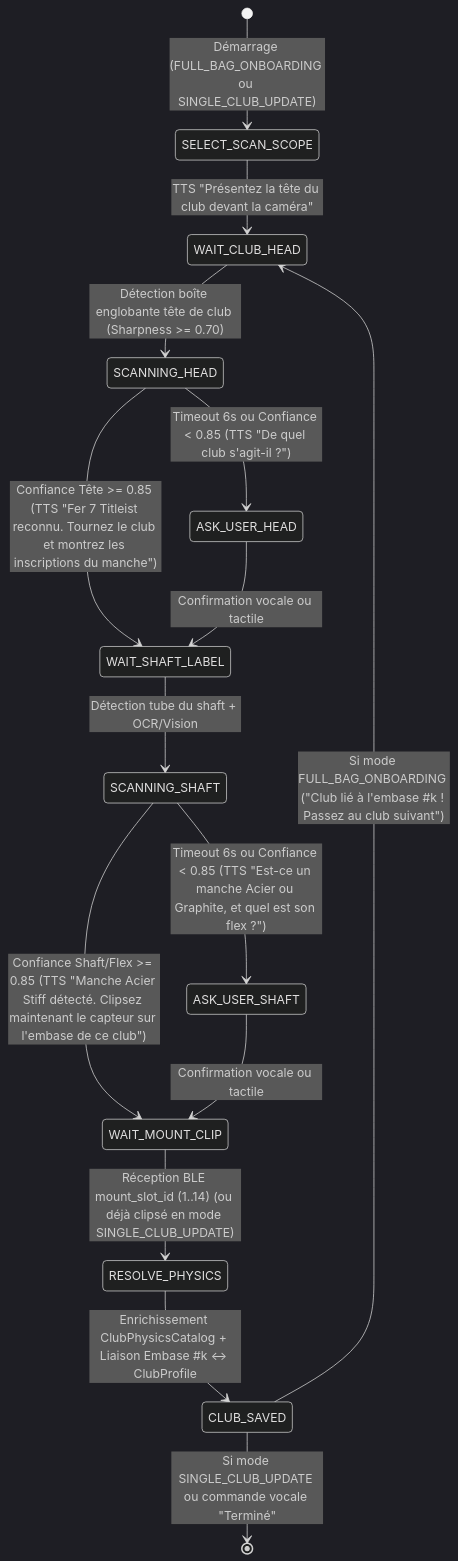
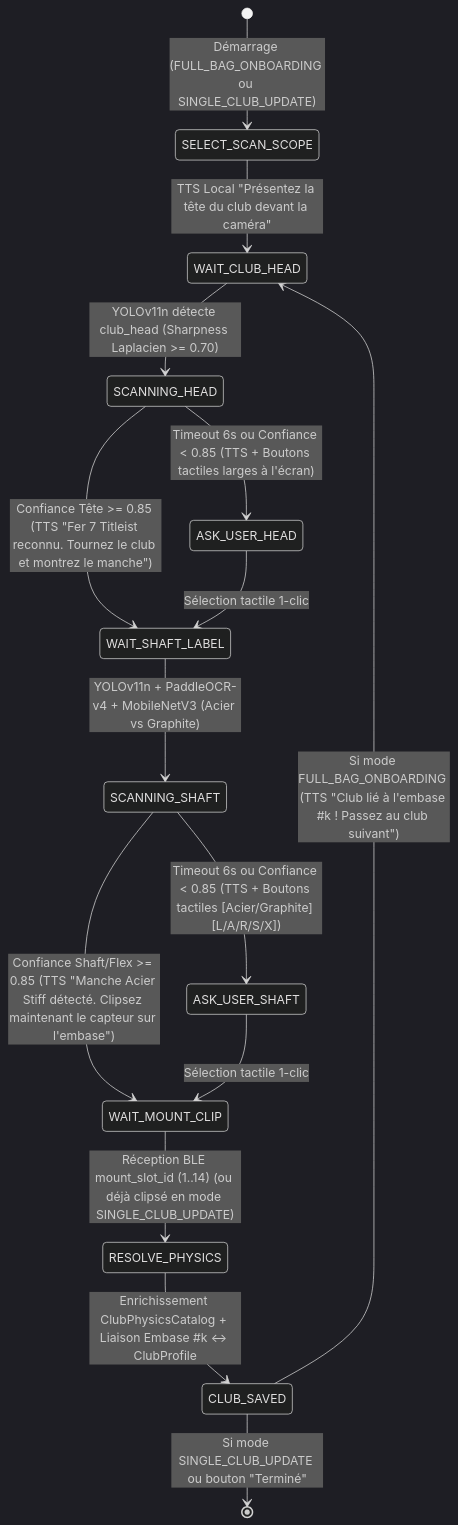
The diagram in specs/03-bag-scanner-ai.md (demanghon/Kinetra), drawn with Mermaid (dark theme) before and after one commit. The commit also changed other lines of this file and 5 other files, not shown here.

Commit message:
docs(specs): specify on-device Neural TTS (Piper/Kokoro) VocalCoachService and 3-stage Vision models (YOLOv11n, PaddleOCR-v4, MobileNetV3)

````diff
--- a/specs/03-bag-scanner-ai.md
+++ b/specs/03-bag-scanner-ai.md
@@ -23,17 +23,17 @@
 ```mermaid
 stateDiagram-v2
     [*] --> SELECT_SCAN_SCOPE : Démarrage (FULL_BAG_ONBOARDING ou SINGLE_CLUB_UPDATE)
-    SELECT_SCAN_SCOPE --> WAIT_CLUB_HEAD : TTS "Présentez la tête du club devant la caméra"
-    WAIT_CLUB_HEAD --> SCANNING_HEAD : Détection boîte englobante tête de club (Sharpness >= 0.70)
-    SCANNING_HEAD --> WAIT_SHAFT_LABEL : Confiance Tête >= 0.85 (TTS "Fer 7 Titleist reconnu. Tournez le club et montrez les inscriptions du manche")
-    SCANNING_HEAD --> ASK_USER_HEAD : Timeout 6s ou Confiance < 0.85 (TTS "De quel club s'agit-il ?")
-    ASK_USER_HEAD --> WAIT_SHAFT_LABEL : Confirmation vocale ou tactile
-    WAIT_SHAFT_LABEL --> SCANNING_SHAFT : Détection tube du shaft + OCR/Vision
-    SCANNING_SHAFT --> WAIT_MOUNT_CLIP : Confiance Shaft/Flex >= 0.85 (TTS "Manche Acier Stiff détecté. Clipsez maintenant le capteur sur l'embase de ce club")
-    SCANNING_SHAFT --> ASK_USER_SHAFT : Timeout 6s ou Confiance < 0.85 (TTS "Est-ce un manche Acier ou Graphite, et quel est son flex ?")
-    ASK_USER_SHAFT --> WAIT_MOUNT_CLIP : Confirmation vocale ou tactile
+    SELECT_SCAN_SCOPE --> WAIT_CLUB_HEAD : TTS Local "Présentez la tête du club devant la caméra"
+    WAIT_CLUB_HEAD --> SCANNING_HEAD : YOLOv11n détecte club_head (Sharpness Laplacien >= 0.70)
+    SCANNING_HEAD --> WAIT_SHAFT_LABEL : Confiance Tête >= 0.85 (TTS "Fer 7 Titleist reconnu. Tournez le club et montrez le manche")
+    SCANNING_HEAD --> ASK_USER_HEAD : Timeout 6s ou Confiance < 0.85 (TTS + Boutons tactiles larges à l'écran)
+    ASK_USER_HEAD --> WAIT_SHAFT_LABEL : Sélection tactile 1-clic
+    WAIT_SHAFT_LABEL --> SCANNING_SHAFT : YOLOv11n + PaddleOCR-v4 + MobileNetV3 (Acier vs Graphite)
+    SCANNING_SHAFT --> WAIT_MOUNT_CLIP : Confiance Shaft/Flex >= 0.85 (TTS "Manche Acier Stiff détecté. Clipsez maintenant le capteur sur l'embase")
+    SCANNING_SHAFT --> ASK_USER_SHAFT : Timeout 6s ou Confiance < 0.85 (TTS + Boutons tactiles [Acier/Graphite] [L/A/R/S/X])
+    ASK_USER_SHAFT --> WAIT_MOUNT_CLIP : Sélection tactile 1-clic
     WAIT_MOUNT_CLIP --> RESOLVE_PHYSICS : Réception BLE mount_slot_id (1..14) (ou déjà clipsé en mode SINGLE_CLUB_UPDATE)
     RESOLVE_PHYSICS --> CLUB_SAVED : Enrichissement ClubPhysicsCatalog + Liaison Embase #k <-> ClubProfile
-    CLUB_SAVED --> WAIT_CLUB_HEAD : Si mode FULL_BAG_ONBOARDING ("Club lié à l'embase #k ! Passez au club suivant")
-    CLUB_SAVED --> [*] : Si mode SINGLE_CLUB_UPDATE ou commande vocale "Terminé"
+    CLUB_SAVED --> WAIT_CLUB_HEAD : Si mode FULL_BAG_ONBOARDING (TTS "Club lié à l'embase #k ! Passez au club suivant")
+    CLUB_SAVED --> [*] : Si mode SINGLE_CLUB_UPDATE ou bouton "Terminé"
 ```
````
